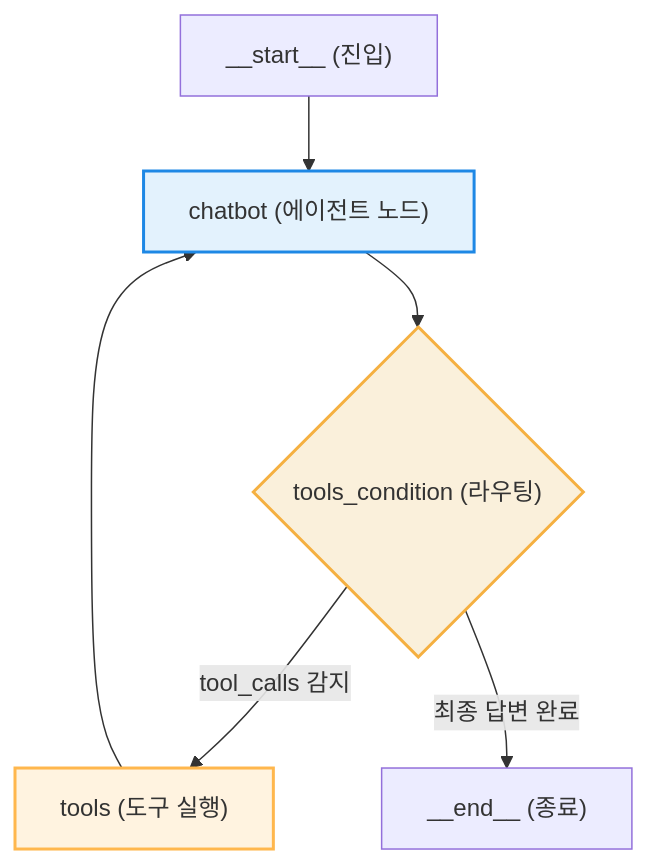
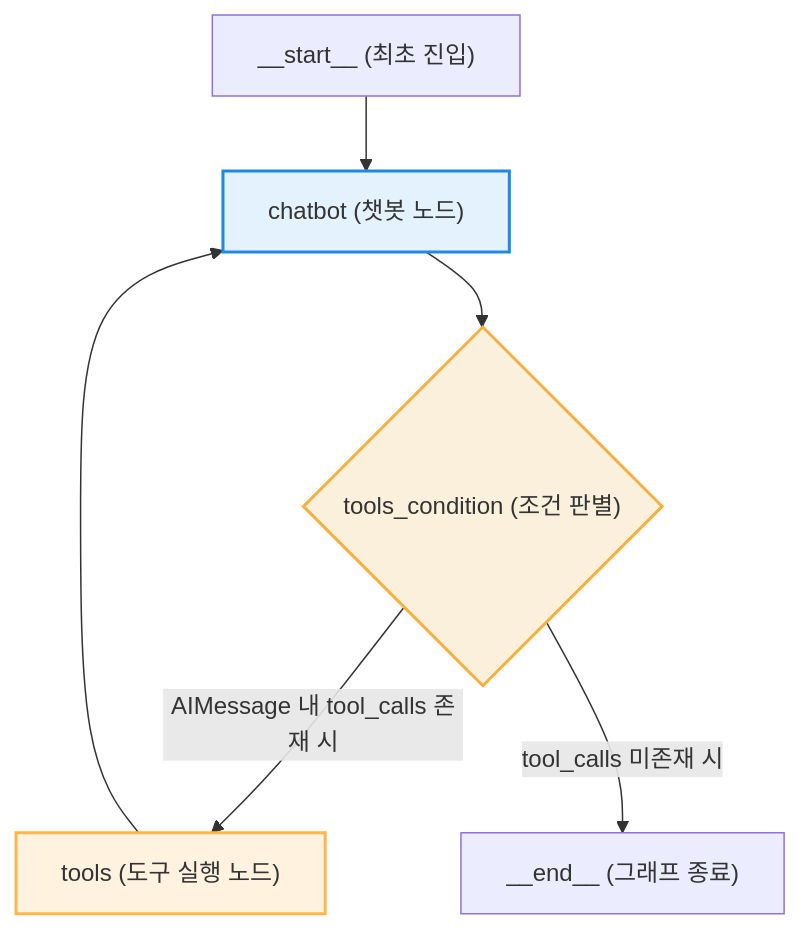
Before and after one commit to shinwokkang/Generative-AI-AI-Agents: the diagram in Module 4: Building Agents with LangGraph/Lesson4.3_Creating a Chatbot Agent from Scratch in LangGraph.md, drawn with Mermaid. The commit also changed other lines of this file, not shown here.

Commit message:
docs: improve code explanation clarity in Lesson 4.3 notes by removing analogies and detail-tracking data flow

````diff
--- a/Module 4: Building Agents with LangGraph/Lesson4.3_Creating a Chatbot Agent from Scratch in LangGraph.md
+++ b/Module 4: Building Agents with LangGraph/Lesson4.3_Creating a Chatbot Agent from Scratch in LangGraph.md
@@ -122,14 +115,21 @@
 ```mermaid
 flowchart TD
-    START["__start__ (진입)"] --> ChatbotNode["chatbot (에이전트 노드)"]
-    ChatbotNode --> Routing{"tools_condition (라우팅)"}
+    %% 노드 정의
+    StartNode["__start__ (최초 진입)"]
+    ChatbotNode["chatbot (챗봇 노드)"]
+    ToolsNode["tools (도구 실행 노드)"]
+    EndNode["__end__ (그래프 종료)"]
     
-    Routing -->|tool_calls 감지| ToolsNode["tools (도구 실행)"]
+    %% 에지 정의
+    StartNode --> ChatbotNode
+    ChatbotNode --> Routing{"tools_condition (조건 판별)"}
+    
+    Routing -->|AIMessage 내 tool_calls 존재 시| ToolsNode
     ToolsNode --> ChatbotNode
     
-    Routing -->|최종 답변 완료| END["__end__ (종료)"]
+    Routing -->|tool_calls 미존재 시| EndNode
 
     style ChatbotNode fill:#e3f2fd,stroke:#1e88e5,stroke-width:2px
     style ToolsNode fill:#fff3e0,stroke:#ffb74d,stroke-width:2px
     style Routing fill:#faf0db,stroke:#f5b041,stroke-width:2px
 ```
````
